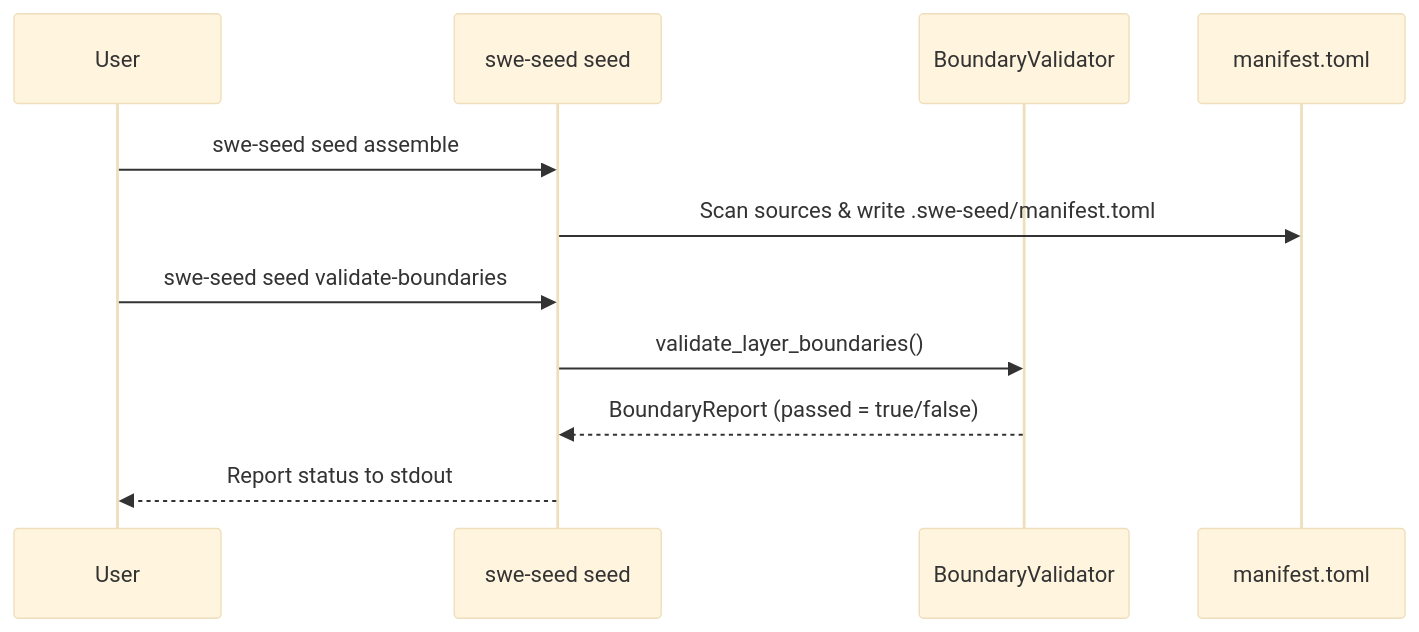
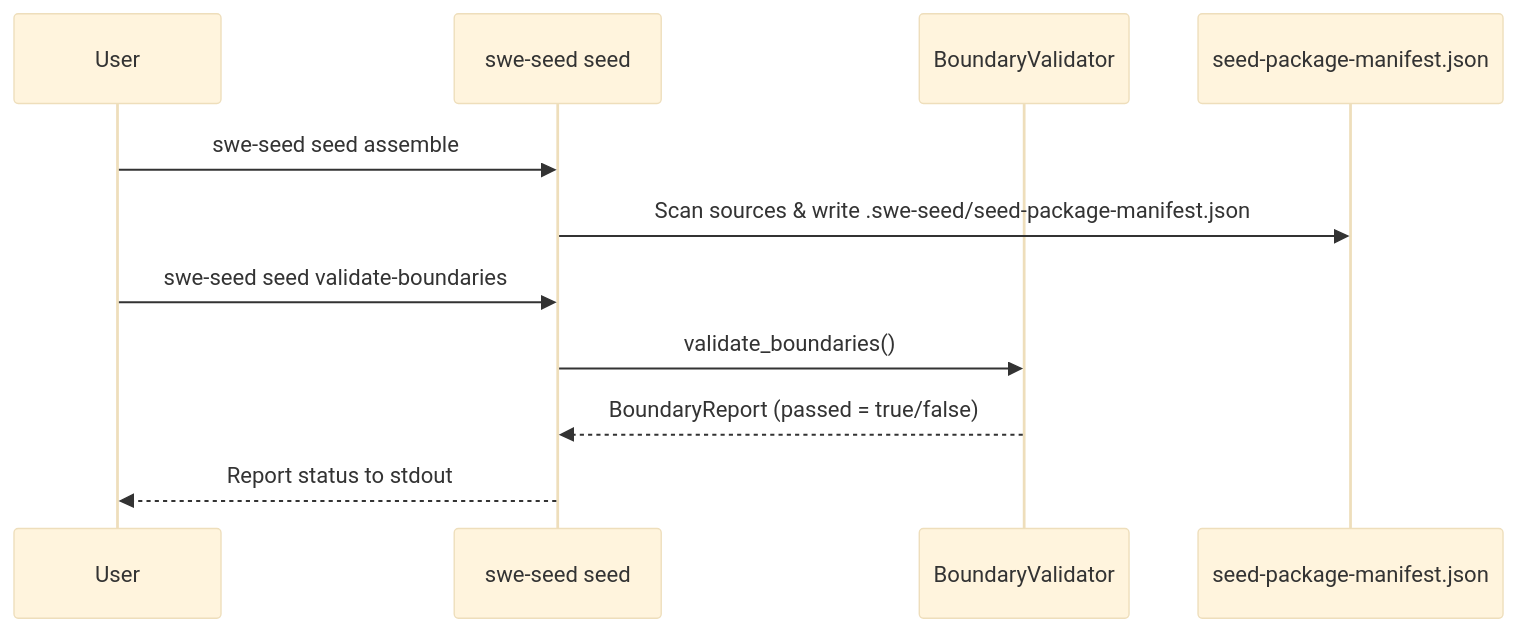
Before and after one commit to GodSpeedAI/swe_seed: the second of 2 diagrams in docs/subsystems/sweseed-governance.md, drawn with Mermaid (base theme). The commit also changed other lines of this file and 29 other files, not shown here.

First line of the commit message:
docs: refresh SWE_SEED documentation, add cognitive explainers and reference pages

````diff
--- a/docs/subsystems/sweseed-governance.md
+++ b/docs/subsystems/sweseed-governance.md
@@ -77,14 +78,14 @@
 ```mermaid
 sequenceDiagram
     participant User
     participant CLI as swe-seed seed
     participant Gov as BoundaryValidator
-    participant Manifest as manifest.toml
+    participant Manifest as seed-package-manifest.json
 
     User->>CLI: swe-seed seed assemble
-    CLI->>Manifest: Scan sources & write .swe-seed/manifest.toml
+    CLI->>Manifest: Scan sources & write .swe-seed/seed-package-manifest.json
     User->>CLI: swe-seed seed validate-boundaries
-    CLI->>Gov: validate_layer_boundaries()
+    CLI->>Gov: validate_boundaries()
     Gov-->>CLI: BoundaryReport (passed = true/false)
     CLI-->>User: Report status to stdout
 ```
````
